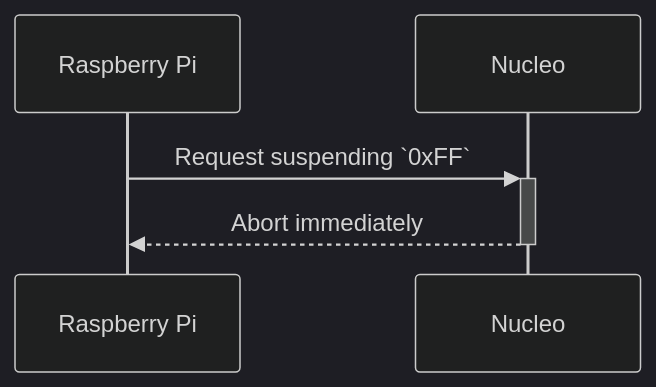
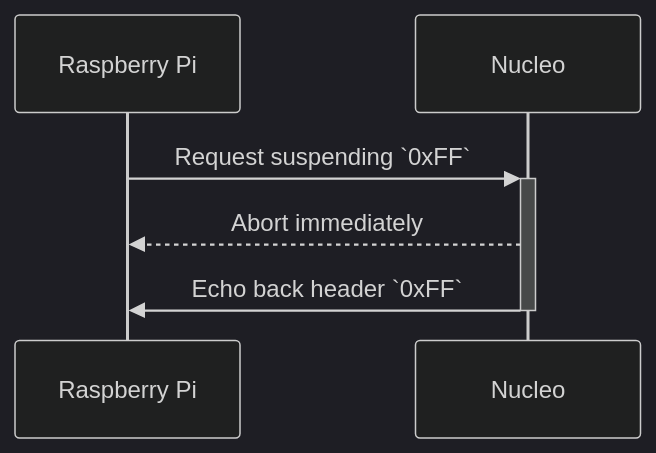
The fifth of 6 diagrams in README.md (rogy-AquaLab/2024_umiusi_nucleo), drawn with Mermaid (dark theme) before and after one commit. The commit also changed other lines of this file, not shown here.

````diff
--- a/README.md
+++ b/README.md
@@ -40,7 +44,8 @@
 ```mermaid
 sequenceDiagram
     participant RPi as Raspberry Pi
     participant N as Nucleo
     RPi ->>+ N: Request suspending `0xFF`
-    N -->>- RPi: Abort immediately
+    N -->> RPi: Abort immediately
+    N ->>- RPi: Echo back header `0xFF`
 ```
````
